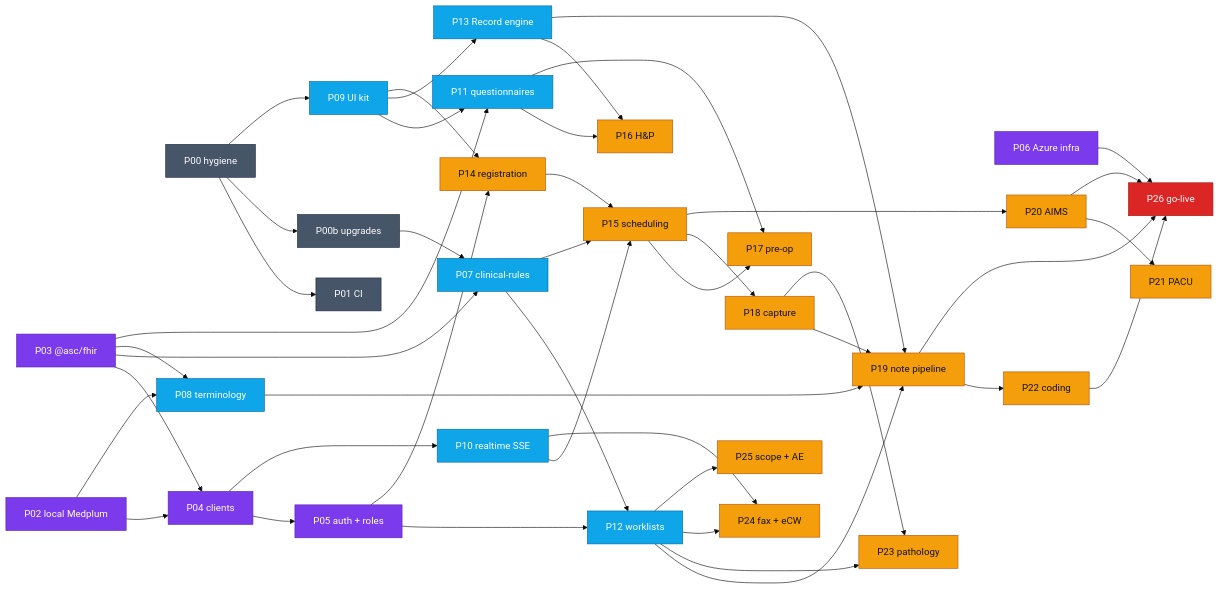
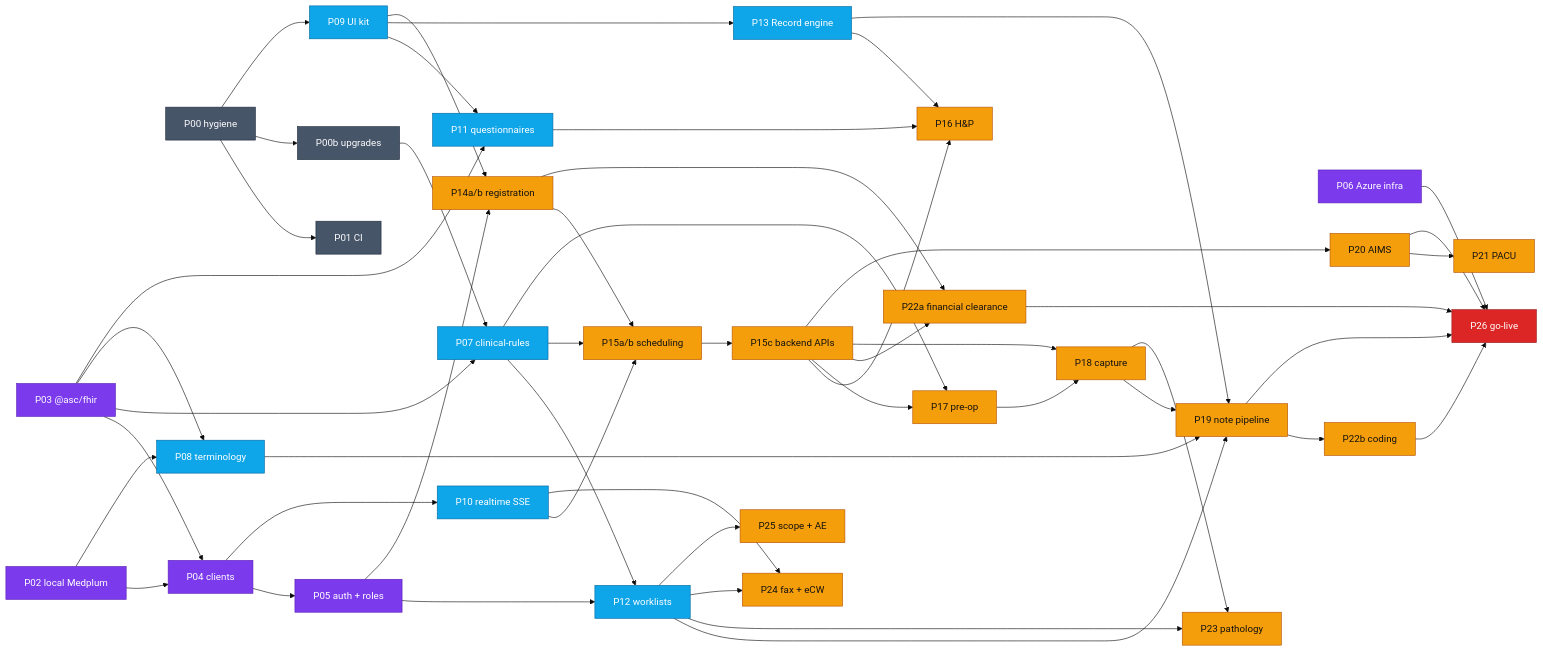
The second of 2 diagrams in docs/plan/implementation-plan.md (imRahul05/ASC-EHR), drawn with Mermaid (base theme) before and after one commit. The commit also changed other lines of this file, not shown here.

````diff
--- a/docs/plan/implementation-plan.md
+++ b/docs/plan/implementation-plan.md
@@ -199,52 +207,58 @@
 ```mermaid
 flowchart LR
     classDef w0 fill:#475569,color:#fff,stroke:#1e293b
     classDef w1 fill:#7c3aed,color:#fff,stroke:#5b21b6
     classDef w2 fill:#0ea5e9,color:#fff,stroke:#0369a1
     classDef w3 fill:#f59e0b,color:#111,stroke:#b45309
     classDef w4 fill:#dc2626,color:#fff,stroke:#991b1b
 
     P00[P00 hygiene]:::w0 --> P01[P01 CI]:::w0
     P00 --> P00b[P00b upgrades]:::w0
     P00b --> P07
     P02[P02 local Medplum]:::w1 --> P04[P04 clients]:::w1
     P03[P03 @asc/fhir]:::w1 --> P04
     P04 --> P05[P05 auth + roles]:::w1
     P06[P06 Azure infra]:::w1
     P03 --> P07[P07 clinical-rules]:::w2
     P03 --> P08[P08 terminology]:::w2
     P02 --> P08
     P00 --> P09[P09 UI kit]:::w2
     P04 --> P10[P10 realtime SSE]:::w2
     P09 --> P11[P11 questionnaires]:::w2
     P03 --> P11
     P05 --> P12[P12 worklists]:::w2
     P07 --> P12
     P09 --> P13[P13 Record engine]:::w2
-    P05 --> P14[P14 registration]:::w3
+    P05 --> P14[P14a/b registration]:::w3
     P09 --> P14
-    P14 --> P15[P15 scheduling]:::w3
+    P14 --> P15[P15a/b scheduling]:::w3
     P07 --> P15
     P10 --> P15
-    P11 --> P16[P16 H&P]:::w3
+    P15 --> P15c[P15c backend APIs]:::w3
+    P15c --> P16[P16 H&P]:::w3
+    P11 --> P16
     P13 --> P16
-    P11 --> P17[P17 pre-op]:::w3
-    P15 --> P17
-    P15 --> P18[P18 capture]:::w3
+    P15c --> P17[P17 pre-op]:::w3
+    P07 --> P17
+    P14 --> P22a[P22a financial clearance]:::w3
+    P15c --> P22a
+    P15c --> P18[P18 capture]:::w3
+    P17 --> P18
     P18 --> P19[P19 note pipeline]:::w3
     P13 --> P19
     P08 --> P19
     P12 --> P19
-    P15 --> P20[P20 AIMS]:::w3
+    P15c --> P20[P20 AIMS]:::w3
     P20 --> P21[P21 PACU]:::w3
-    P19 --> P22[P22 coding]:::w3
+    P19 --> P22b[P22b coding]:::w3
     P18 --> P23[P23 pathology]:::w3
     P12 --> P23
     P12 --> P24[P24 fax + eCW]:::w3
     P10 --> P24
     P12 --> P25[P25 scope + AE]:::w3
     P19 --> P26[P26 go-live]:::w4
     P20 --> P26
-    P22 --> P26
+    P22b --> P26
+    P22a --> P26
     P06 --> P26
 ```
````
